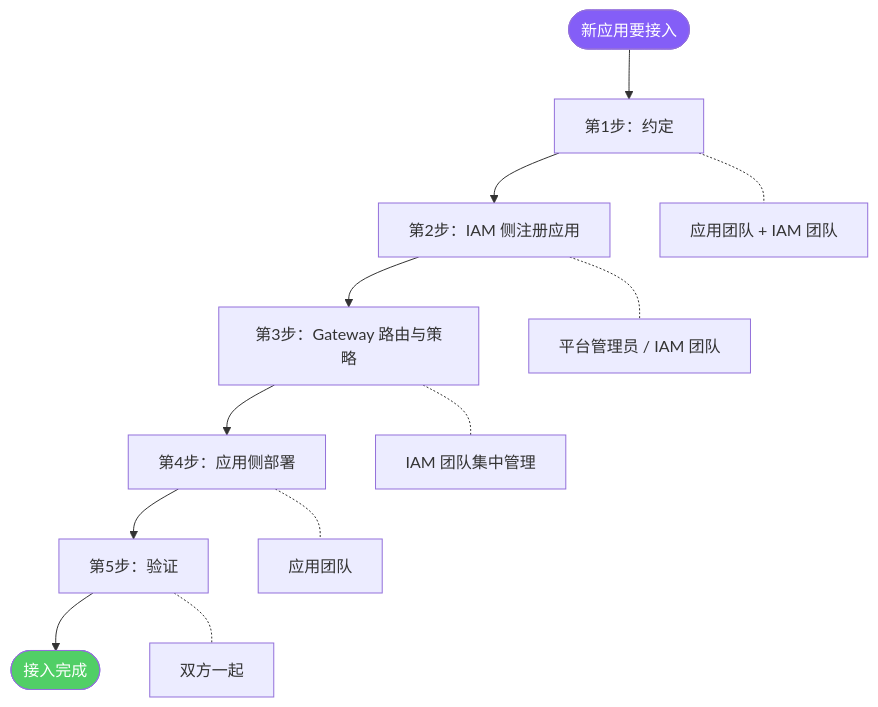
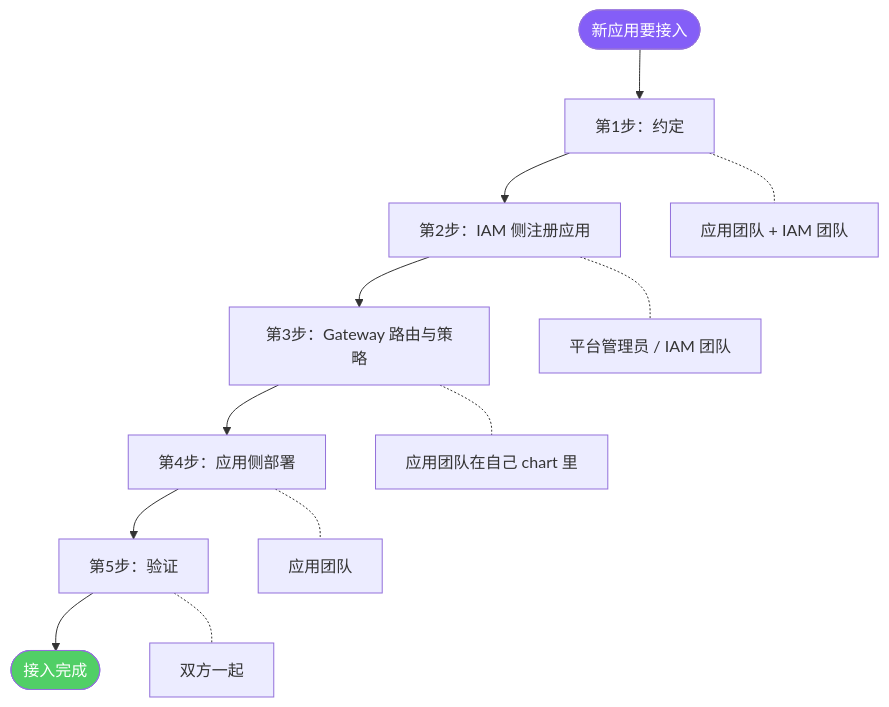
The first of 10 diagrams in diagrams/onboarding-flow.md (xiewanchao/aidp-iam), drawn with Mermaid before and after one commit. The commit also changed other lines of this file, not shown here.

First line of the commit message:
docs(onboarding): bump to v2.2 — per-app chart owns its routes + policies

````diff
--- a/diagrams/onboarding-flow.md
+++ b/diagrams/onboarding-flow.md
@@ -11,18 +13,18 @@
 ```mermaid
 flowchart TD
     START([新应用要接入]) --> STEP1[第1步：约定]
     STEP1 --> STEP2[第2步：IAM 侧注册应用]
     STEP2 --> STEP3[第3步：Gateway 路由与策略]
     STEP3 --> STEP4[第4步：应用侧部署]
     STEP4 --> STEP5[第5步：验证]
     STEP5 --> DONE([接入完成])
 
     STEP1 -.- WHO1[应用团队 + IAM 团队]
     STEP2 -.- WHO2[平台管理员 / IAM 团队]
-    STEP3 -.- WHO3[IAM 团队集中管理]
+    STEP3 -.- WHO3[应用团队在自己 chart 里]
     STEP4 -.- WHO4[应用团队]
     STEP5 -.- WHO5[双方一起]
 
     style START fill:#845ef7,color:#fff
     style DONE fill:#51cf66,color:#fff
 ```
````
